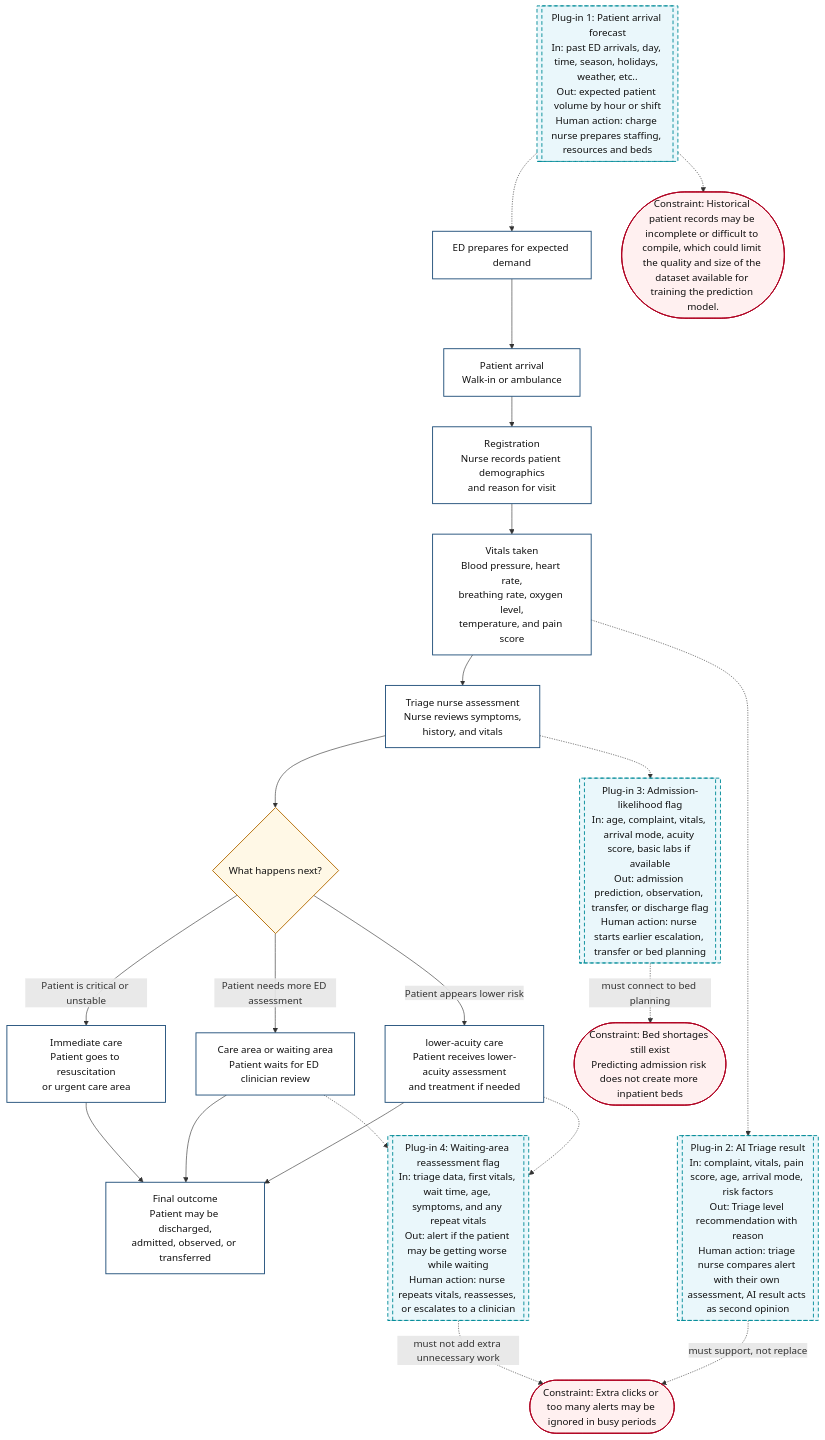
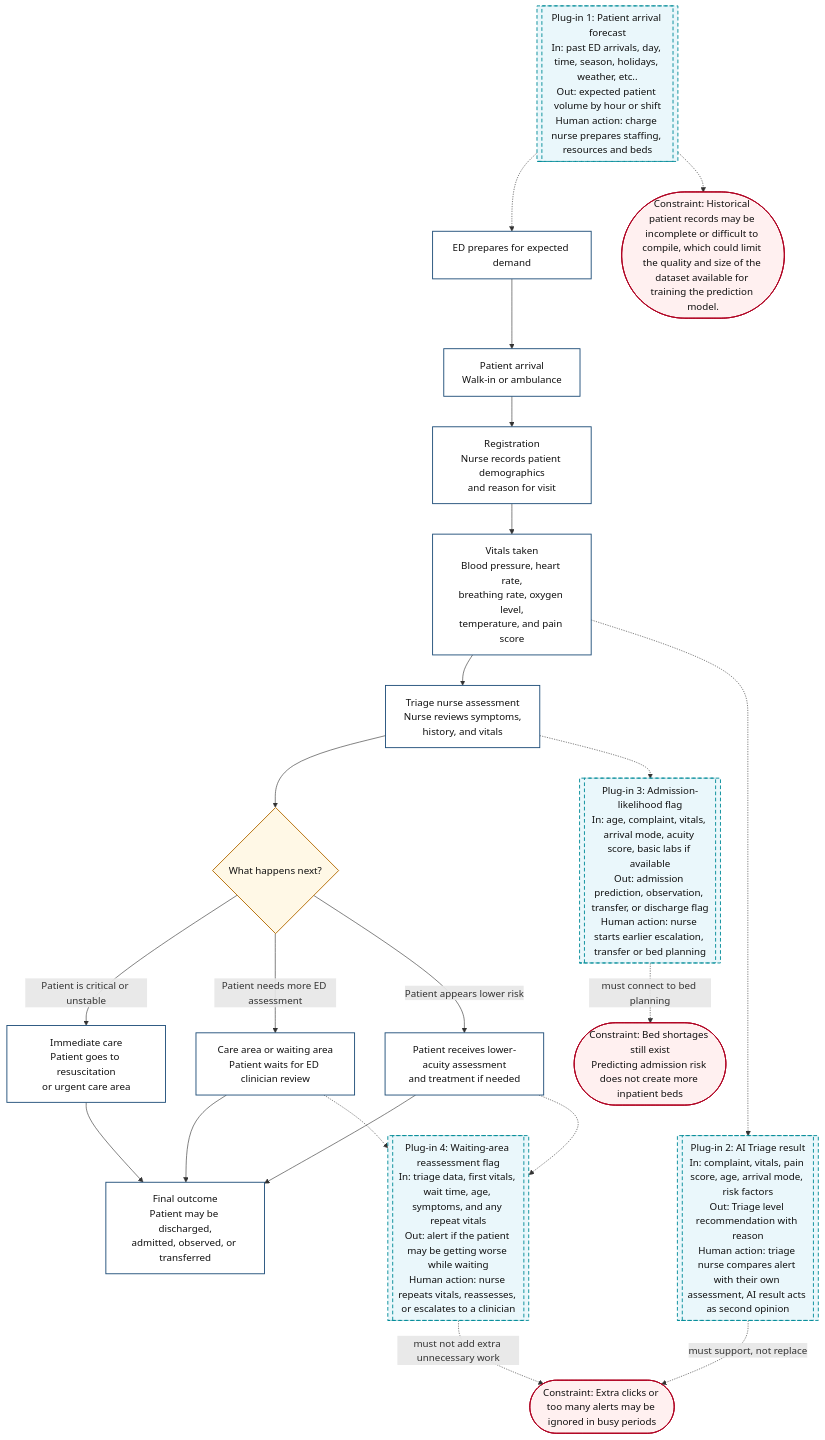
Before and after one commit to tinadams/carisurg-portfolio: the diagram in docs/week_3_workflow_diagram.md, drawn with Mermaid.

Commit message:
Update wording in workflow diagram for clarity

````diff
--- a/docs/week_3_workflow_diagram.md
+++ b/docs/week_3_workflow_diagram.md
@@ -1,61 +1,61 @@
 ```mermaid
 flowchart TD
 
 A[Patient arrival<br/>Walk-in or ambulance] --> B[Registration<br/>Nurse records patient demographics<br/>and reason for visit]
 
 B --> C[Vitals taken<br/>Blood pressure, heart rate,<br/>breathing rate, oxygen level,<br/>temperature, and pain score]
 
 C --> D[Triage nurse assessment<br/>Nurse reviews symptoms,<br/>history, and vitals]
 
 D --> E{What happens next?}
 
 E -->|Patient is critical or unstable| F[Immediate care<br/>Patient goes to resuscitation<br/>or urgent care area]
 
 E -->|Patient needs more ED assessment| G[Care area or waiting area<br/>Patient waits for ED clinician review]
 
-E -->|Patient appears lower risk| H[lower-acuity care<br/>Patient receives lower-acuity assessment<br/>and treatment if needed]
+E -->|Patient appears lower risk| H[Patient receives lower-acuity assessment<br/>and treatment if needed]
 
 H --> I[Final outcome<br/>Patient may be discharged,<br/>admitted, observed, or transferred]
 
 F --> I[Final outcome<br/>Patient may be discharged,<br/>admitted, observed, or transferred]
 
 G --> I[Final outcome<br/>Patient may be discharged,<br/>admitted, observed, or transferred]
 
 AI1[[Plug-in 1: Patient arrival forecast<br/>In: past ED arrivals, day, time, season, holidays, weather, etc..<br/>Out: expected patient volume by hour or shift<br/>Human action: charge nurse prepares staffing, resources and beds]]
 
 AI2[[Plug-in 2: AI Triage result<br/>In: complaint, vitals, pain score, age, arrival mode, risk factors<br/>Out: Triage level recommendation with reason<br/>Human action: triage nurse compares alert with their own assessment, AI result acts as second opinion]]
 
 AI3[[Plug-in 3: Admission-likelihood flag<br/>In: age, complaint, vitals, arrival mode, acuity score, basic labs if available<br/>Out: admission prediction, observation, transfer, or discharge flag<br/>Human action: nurse starts earlier escalation, transfer or bed planning]]
 
 AI4[[Plug-in 4: Waiting-area reassessment flag<br/>In: triage data, first vitals, wait time, age, symptoms, and any repeat vitals<br/>Out: alert if the patient may be getting worse while waiting<br/>Human action: nurse repeats vitals, reassesses, or escalates to a clinician]]
 
 PRE[ED prepares for expected demand]
 
 AI1 -.-> PRE
 PRE --> A
 D -.-> AI3
 C -.-> AI2
 G -.-> AI4
 H -.-> AI4
 
 C1([Constraint: Historical patient records may be incomplete or difficult to compile, which could limit the quality and size of the dataset available for training the prediction model.])
 
 C2([Constraint: Extra clicks or too many alerts may be ignored in busy periods])
 
 C3([Constraint: Bed shortages still exist<br/>Predicting admission risk does not create more inpatient beds])
 
 AI1 -.-> C1
 AI2 -. must support, not replace .-> C2
 AI3 -. must connect to bed planning .-> C3
 AI4 -. must not add extra unnecessary work .-> C2
 
 classDef process fill:#ffffff,stroke:#1f4e79,stroke-width:1.5px,color:#111;
 classDef decision fill:#fff8e6,stroke:#b36b00,stroke-width:1.5px,color:#111;
 classDef ai fill:#eaf7fb,stroke:#008c99,stroke-width:1.5px,stroke-dasharray: 6 4,color:#111;
 classDef constraint fill:#fff0f0,stroke:#b00020,stroke-width:1.5px,color:#111;
 
 class A,B,C,D,F,G,H,I,PRE process;
 class E decision;
 class AI1,AI2,AI3,AI4 ai;
 class C1,C2,C3 constraint;
 ```
````
